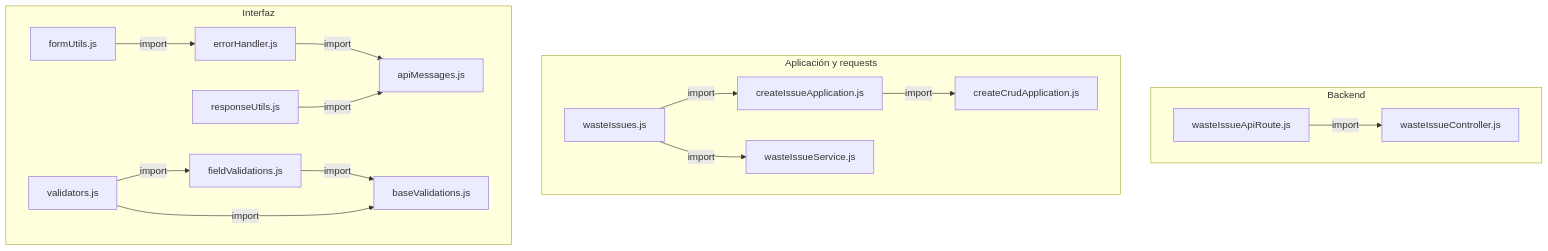
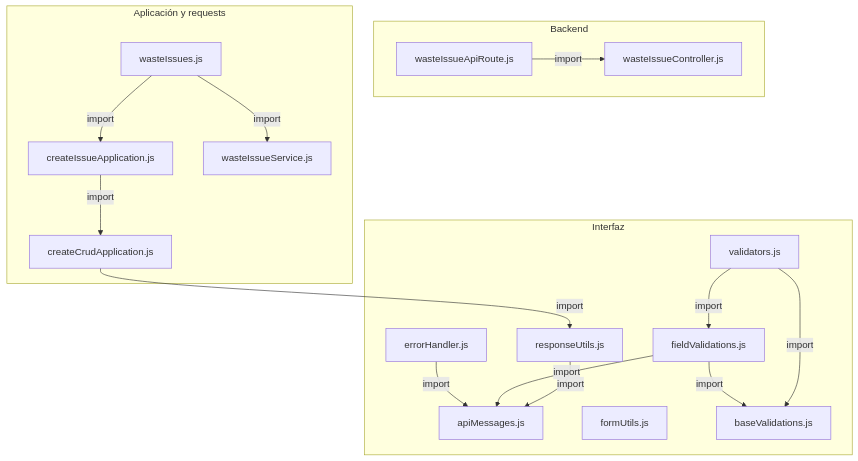
One commit to gpgsistemas01/nexus changed the first of 2 diagrams in docs/architecture/views/processes/frontend-code-sequences/issues/cu-sal-10.md. Above: the diagram before and after it, drawn with Mermaid. The commit also changed 200 other files, not shown here.

````diff
--- a/docs/architecture/views/processes/frontend-code-sequences/issues/cu-sal-10.md
+++ b/docs/architecture/views/processes/frontend-code-sequences/issues/cu-sal-10.md
@@ -50,32 +50,33 @@
 ```mermaid
 flowchart TB
     subgraph Component0["Backend"]
         FileWasteIssueController["wasteIssueController.js"]
         Transport["wasteIssueApiRoute.js"]
     end
     subgraph Component1["Aplicación y requests"]
         Application["createCrudApplication.js"]
         FileCreateIssueApplication["createIssueApplication.js"]
         FileWasteIssues["wasteIssues.js"]
         Request["wasteIssueService.js"]
     end
     subgraph Component2["Interfaz"]
         FileApiMessages["apiMessages.js"]
         FormUtils["formUtils.js"]
         FileErrorHandler["errorHandler.js"]
         FileResponseUtils["responseUtils.js"]
         FileBaseValidations["baseValidations.js"]
         FileFieldValidations["fieldValidations.js"]
         FileValidators["validators.js"]
     end
+    Application -->|import| FileResponseUtils
     FileCreateIssueApplication -->|import| Application
-    FileWasteIssues -->|import| Request
-    FileWasteIssues -->|import| FileCreateIssueApplication
-    FormUtils -->|import| FileErrorHandler
     FileErrorHandler -->|import| FileApiMessages
+    FileFieldValidations -->|import| FileApiMessages
+    FileFieldValidations -->|import| FileBaseValidations
     FileResponseUtils -->|import| FileApiMessages
-    FileFieldValidations -->|import| FileBaseValidations
     FileValidators -->|import| FileBaseValidations
     FileValidators -->|import| FileFieldValidations
+    FileWasteIssues -->|import| FileCreateIssueApplication
+    FileWasteIssues -->|import| Request
     Transport -->|import| FileWasteIssueController
 ```
````
